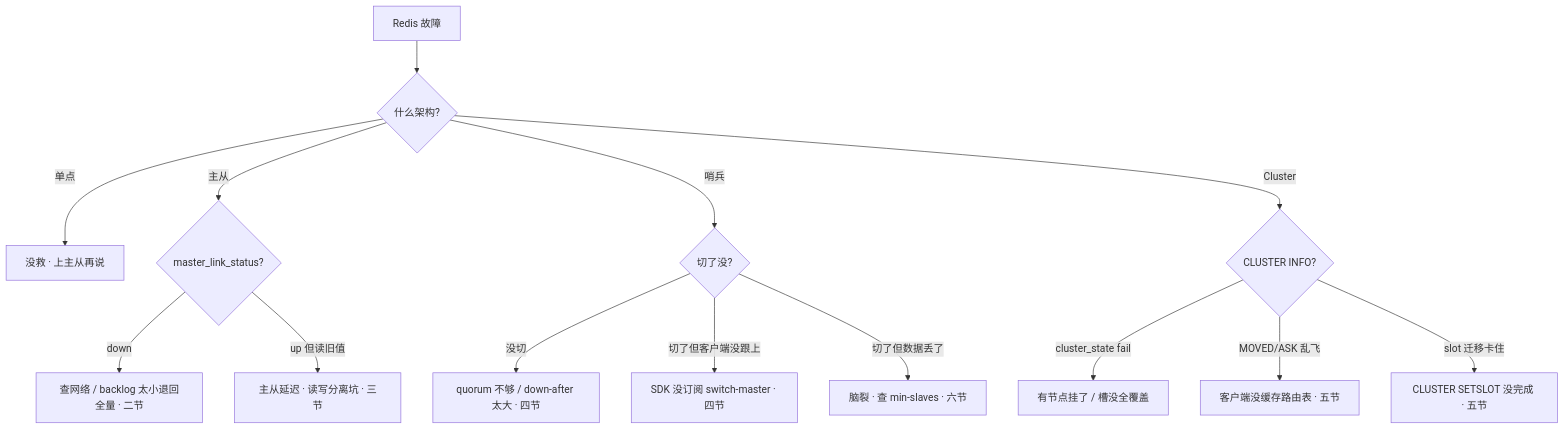
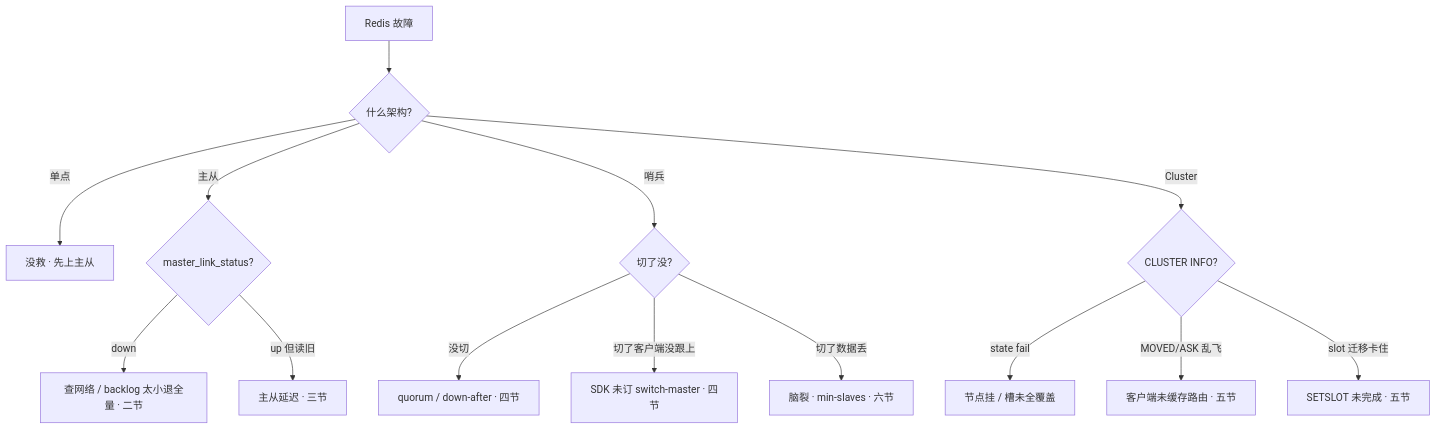
One commit to ml-cuizijun/LearnToLilith changed the eighth of 8 diagrams in 02-中间件与数据库/02-Redis/03-高可用与集群/知识点.md. Above: the diagram before and after it, drawn with Mermaid. The commit also changed other lines of this file and 178 other files, not shown here.

````diff
--- a/02-中间件与数据库/02-Redis/03-高可用与集群/知识点.md
+++ b/02-中间件与数据库/02-Redis/03-高可用与集群/知识点.md
@@ -499,16 +556,16 @@
 ```mermaid
 flowchart TB
     A[Redis 故障] --> B{什么架构?}
-    B -->|单点| C[没救 · 上主从再说]
+    B -->|单点| C[没救 · 先上主从]
     B -->|主从| D{master_link_status?}
-    D -->|down| E[查网络 / backlog 太小退回全量 · 二节]
-    D -->|up 但读旧值| F[主从延迟 · 读写分离坑 · 三节]
+    D -->|down| E[查网络 / backlog 太小退全量 · 二节]
+    D -->|up 但读旧| F[主从延迟 · 三节]
     B -->|哨兵| G{切了没?}
-    G -->|没切| H[quorum 不够 / down-after 太大 · 四节]
-    G -->|切了但客户端没跟上| I[SDK 没订阅 switch-master · 四节]
-    G -->|切了但数据丢了| J[脑裂 · 查 min-slaves · 六节]
+    G -->|没切| H[quorum / down-after · 四节]
+    G -->|切了客户端没跟上| I[SDK 未订 switch-master · 四节]
+    G -->|切了数据丢| J[脑裂 · min-slaves · 六节]
     B -->|Cluster| K{CLUSTER INFO?}
-    K -->|cluster_state fail| L[有节点挂了 / 槽没全覆盖]
-    K -->|MOVED/ASK 乱飞| M[客户端没缓存路由表 · 五节]
-    K -->|slot 迁移卡住| N[CLUSTER SETSLOT 没完成 · 五节]
+    K -->|state fail| L[节点挂 / 槽未全覆盖]
+    K -->|MOVED/ASK 乱飞| M[客户端未缓存路由 · 五节]
+    K -->|slot 迁移卡住| N[SETSLOT 未完成 · 五节]
 ```
````
